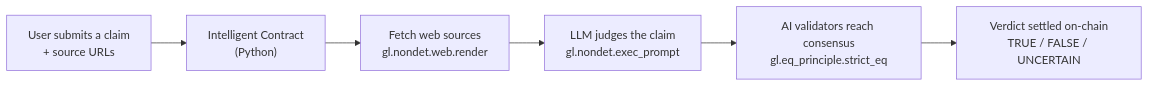
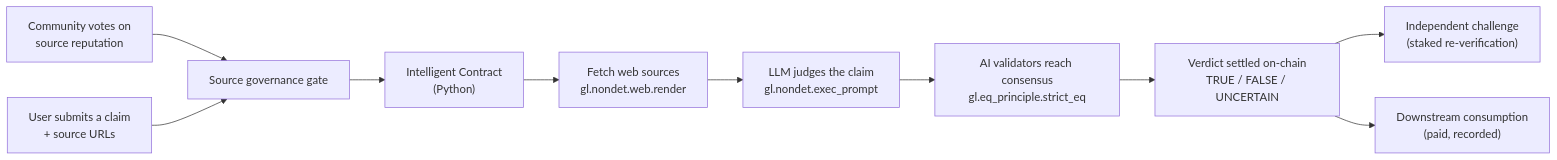
One commit to Ankii1510/claimguard changed the diagram in README.md. Above: the diagram before and after it, drawn with Mermaid. The commit also changed other lines of this file and 2 other files, not shown here.

First line of the commit message:
ClaimGuard v2: source governance, challenge path, consequential consume

````diff
--- a/README.md
+++ b/README.md
@@ -12,8 +26,12 @@
 ```mermaid
 flowchart LR
-    A["User submits a claim<br/>+ source URLs"] --> B["Intelligent Contract<br/>(Python)"]
-    B --> C["Fetch web sources<br/>gl.nondet.web.render"]
-    C --> D["LLM judges the claim<br/>gl.nondet.exec_prompt"]
-    D --> E["AI validators reach consensus<br/>gl.eq_principle.strict_eq"]
-    E --> F["Verdict settled on-chain<br/>TRUE / FALSE / UNCERTAIN"]
+    A["Community votes on<br/>source reputation"] --> G["Source governance gate"]
+    B["User submits a claim<br/>+ source URLs"] --> G
+    G --> C["Intelligent Contract<br/>(Python)"]
+    C --> D["Fetch web sources<br/>gl.nondet.web.render"]
+    D --> E["LLM judges the claim<br/>gl.nondet.exec_prompt"]
+    E --> F["AI validators reach consensus<br/>gl.eq_principle.strict_eq"]
+    F --> H["Verdict settled on-chain<br/>TRUE / FALSE / UNCERTAIN"]
+    H --> I["Independent challenge<br/>(staked re-verification)"]
+    H --> J["Downstream consumption<br/>(paid, recorded)"]
 ```
````
